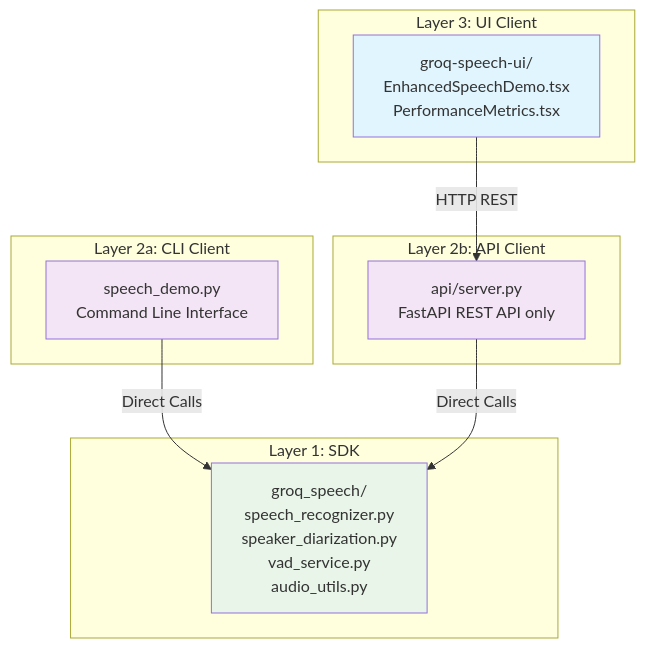
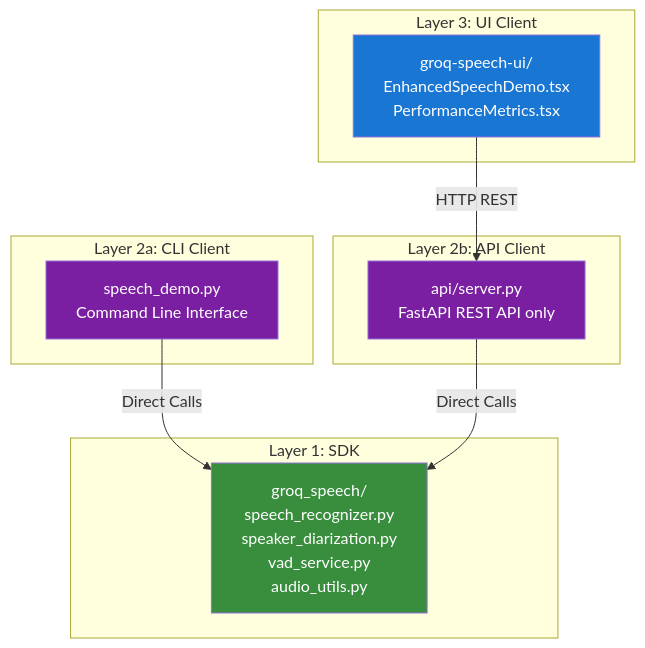
The first of 8 diagrams in docs/ARCHITECTURE.md (sreenivasmrpivot/groq-speech), drawn with Mermaid before and after one commit. The commit also changed other lines of this file and 2 other files, not shown here.

Commit message:
Comprehensive documentation

````diff
--- a/docs/ARCHITECTURE.md
+++ b/docs/ARCHITECTURE.md
@@ -65,27 +65,27 @@
 ```mermaid
 graph TB
     subgraph "Layer 3: UI Client"
         UI[groq-speech-ui/<br/>EnhancedSpeechDemo.tsx<br/>PerformanceMetrics.tsx]
     end
     
     subgraph "Layer 2b: API Client"
         API[api/server.py<br/>FastAPI REST API only]
     end
     
     subgraph "Layer 2a: CLI Client"
         CLI[speech_demo.py<br/>Command Line Interface]
     end
     
     subgraph "Layer 1: SDK"
         SDK[groq_speech/<br/>speech_recognizer.py<br/>speaker_diarization.py<br/>vad_service.py<br/>audio_utils.py]
     end
     
     UI -->|HTTP REST| API
     CLI -->|Direct Calls| SDK
     API -->|Direct Calls| SDK
     
-    style UI fill:#e1f5fe
-    style API fill:#f3e5f5
-    style CLI fill:#f3e5f5
-    style SDK fill:#e8f5e8
+    style UI fill:#1976D2,color:#ffffff
+    style API fill:#7B1FA2,color:#ffffff
+    style CLI fill:#7B1FA2,color:#ffffff
+    style SDK fill:#388E3C,color:#ffffff
 ```
````
